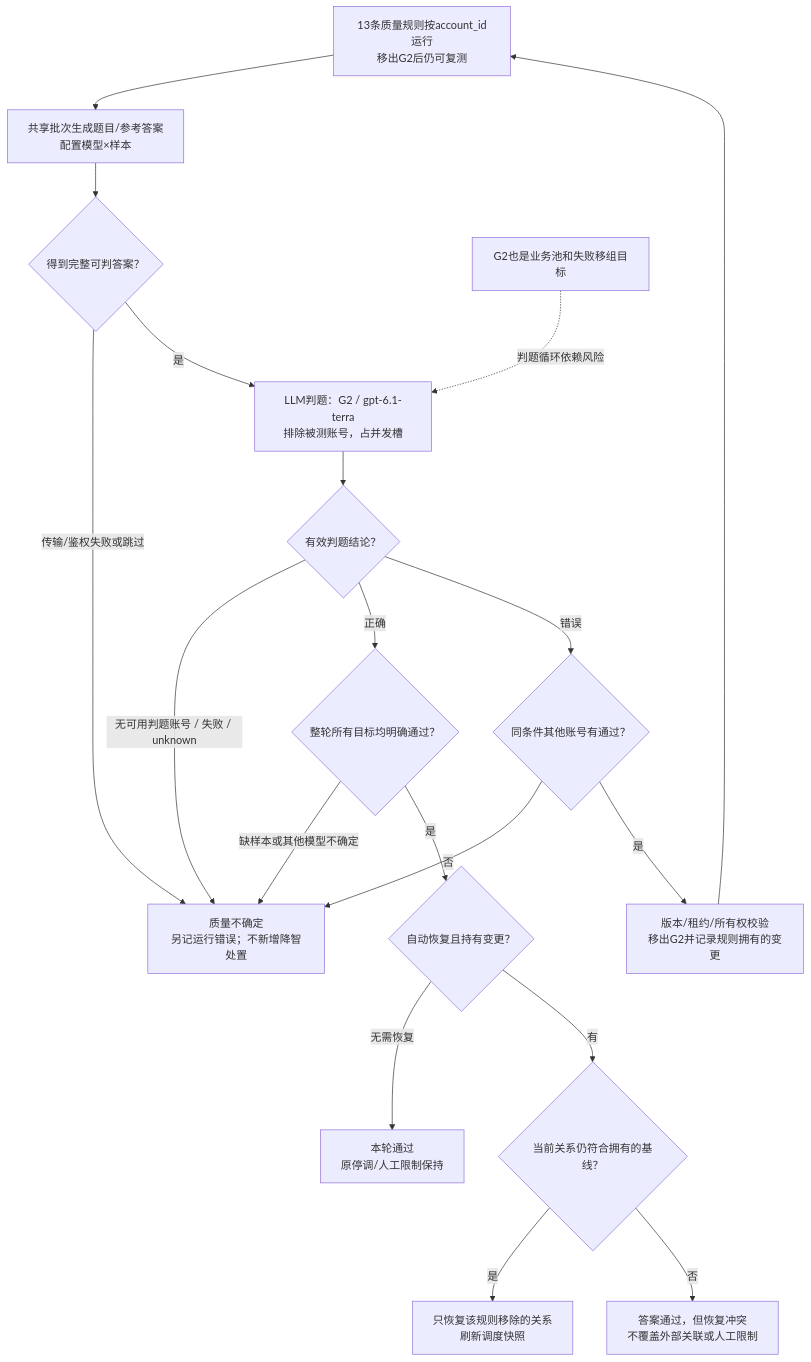
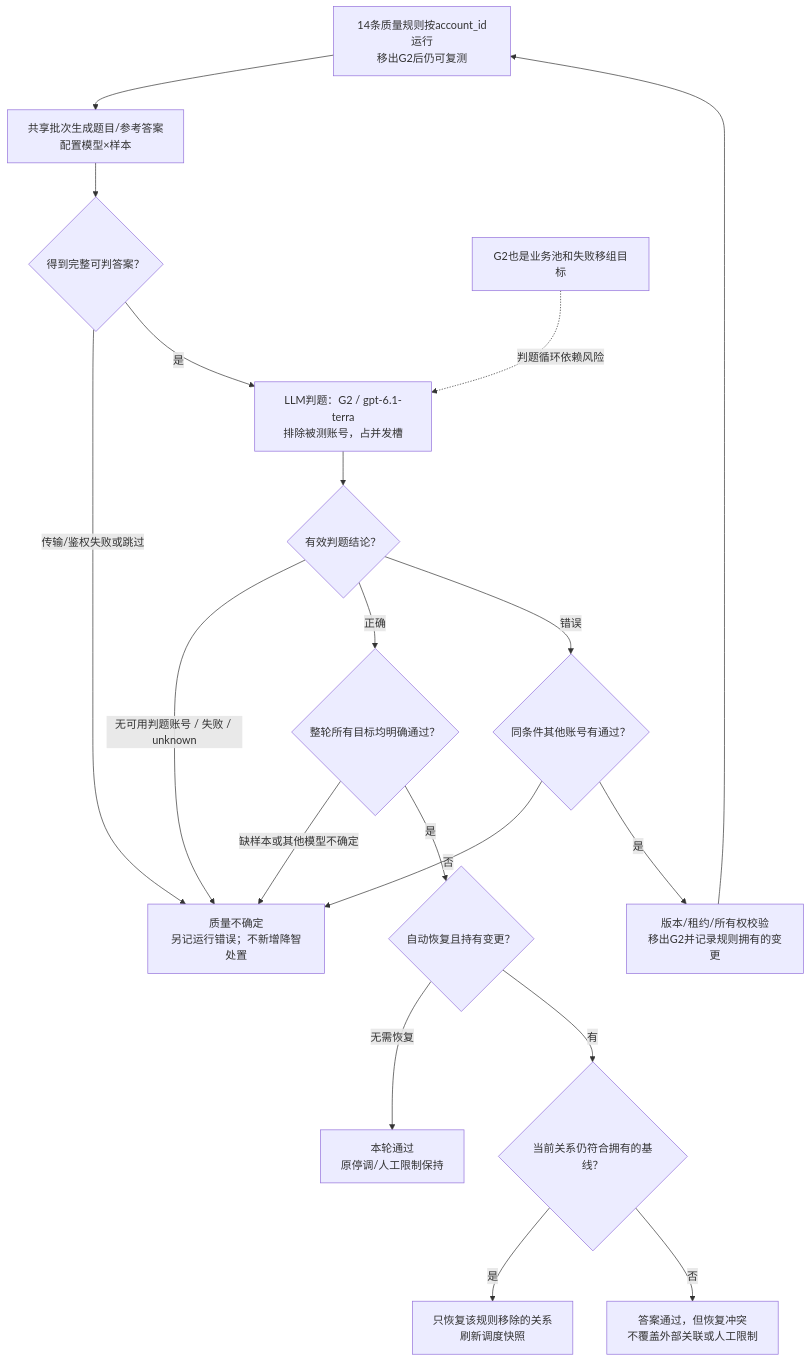
The third of 6 diagrams in docs/project/production-observation-flow.md (a5116107/ransub2api), drawn with Mermaid before and after one commit. The commit also changed other lines of this file and 4 other files, not shown here.

````diff
--- a/docs/project/production-observation-flow.md
+++ b/docs/project/production-observation-flow.md
@@ -105,21 +107,21 @@
 ```mermaid
 flowchart TD
-  PLAN["13条质量规则按account_id运行<br/>移出G2后仍可复测"] --> TEST["共享批次生成题目/参考答案<br/>配置模型×样本"]
+  PLAN["14条质量规则按account_id运行<br/>移出G2后仍可复测"] --> TEST["共享批次生成题目/参考答案<br/>配置模型×样本"]
   TEST --> R{"得到完整可判答案？"}
   R -- "传输/鉴权失败或跳过" --> UNKNOWN["质量不确定<br/>另记运行错误；不新增降智处置"]
   R -- "是" --> JUDGE["LLM判题：G2 / gpt-6.1-terra<br/>排除被测账号，占并发槽"]
   JUDGE --> J{"有效判题结论？"}
   J -- "无可用判题账号 / 失败 / unknown" --> UNKNOWN
   J -- "正确" --> ALL{"整轮所有目标均明确通过？"}
   J -- "错误" --> PEER{"同条件其他账号有通过？"}
   PEER -- "否" --> UNKNOWN
   PEER -- "是" --> REMOVE["版本/租约/所有权校验<br/>移出G2并记录规则拥有的变更"]
   REMOVE --> PLAN
   ALL -- "缺样本或其他模型不确定" --> UNKNOWN
   ALL -- "是" --> OWN{"自动恢复且持有变更？"}
   OWN -- "无需恢复" --> PASS["本轮通过<br/>原停调/人工限制保持"]
   OWN -- "有" --> CHECK{"当前关系仍符合拥有的基线？"}
   CHECK -- "是" --> RESTORE["只恢复该规则移除的关系<br/>刷新调度快照"]
   CHECK -- "否" --> CONFLICT["答案通过，但恢复冲突<br/>不覆盖外部关联或人工限制"]
   POOL["G2也是业务池和失败移组目标"] -. "判题循环依赖风险" .-> JUDGE
 ```
````
